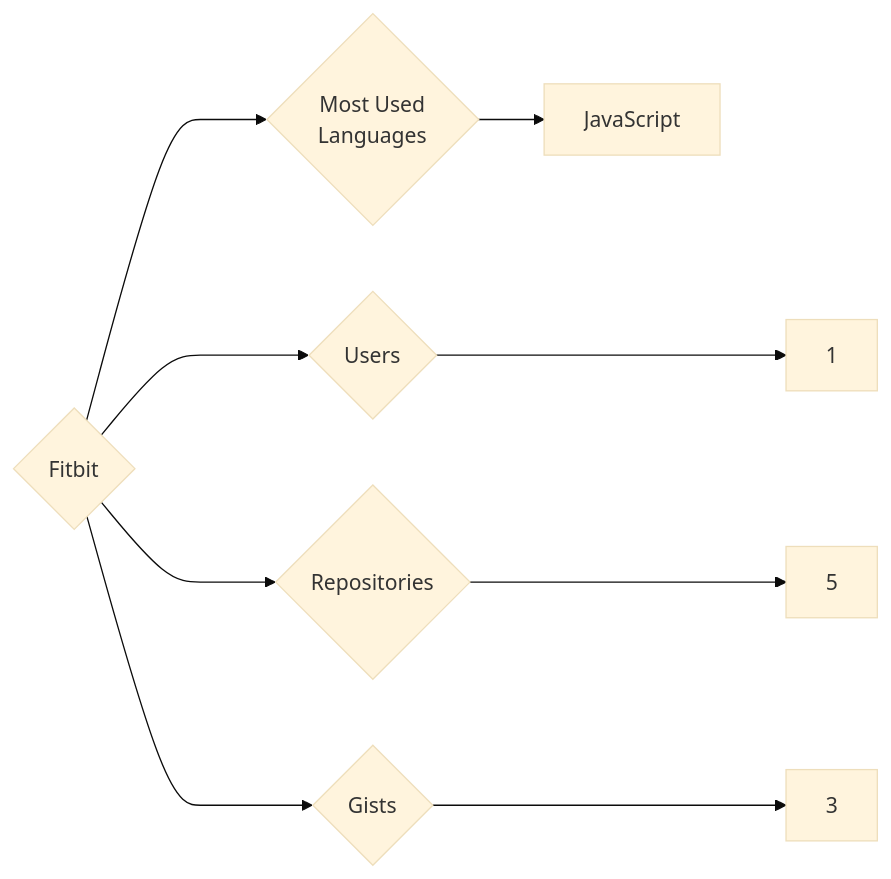
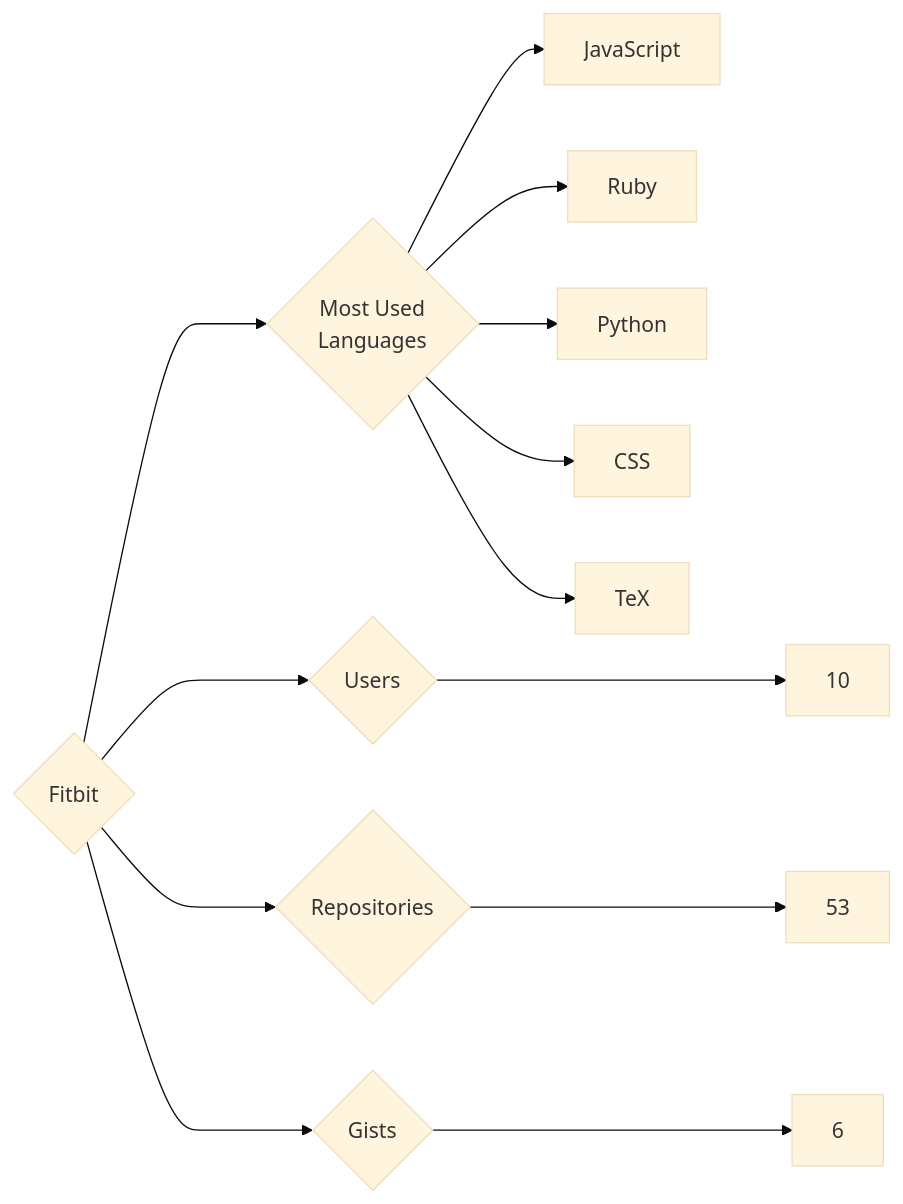
The diagram in targets/Fitbit/README.md (trickest/insiders), drawn with Mermaid (base theme) before and after one commit. The commit also changed 1166 other files, not shown here.

````diff
--- a/targets/Fitbit/README.md
+++ b/targets/Fitbit/README.md
@@ -3,9 +3,13 @@
 ```mermaid
 graph LR
 COMPANY_NAME{Fitbit}
-COMPANY_NAME ---> U{Users} ---> UN[1]
-COMPANY_NAME ---> R{Repositories} ---> RN[5]
-COMPANY_NAME ---> G{Gists} ---> GN[3]
+COMPANY_NAME ---> U{Users} ---> UN[10]
+COMPANY_NAME ---> R{Repositories} ---> RN[53]
+COMPANY_NAME ---> G{Gists} ---> GN[6]
 COMPANY_NAME ---> ML{Most Used<br>Languages}
 ML --> JavaScript[JavaScript]
+ML --> Ruby[Ruby]
+ML --> Python[Python]
+ML --> CSS[CSS]
+ML --> TeX[TeX]
 ```
````
